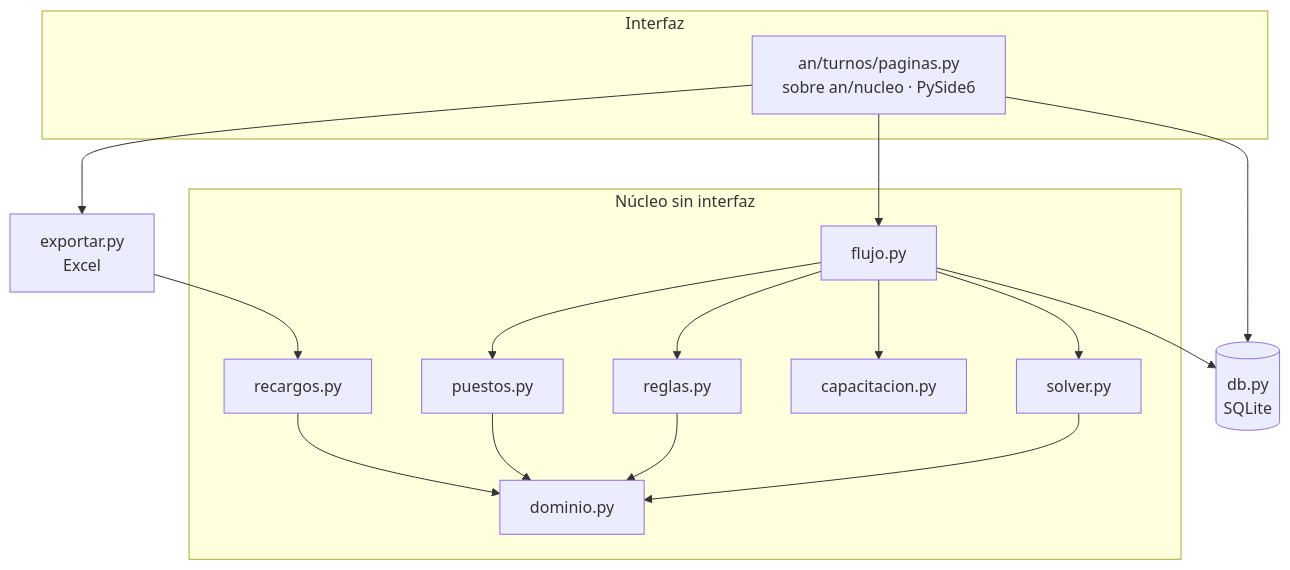
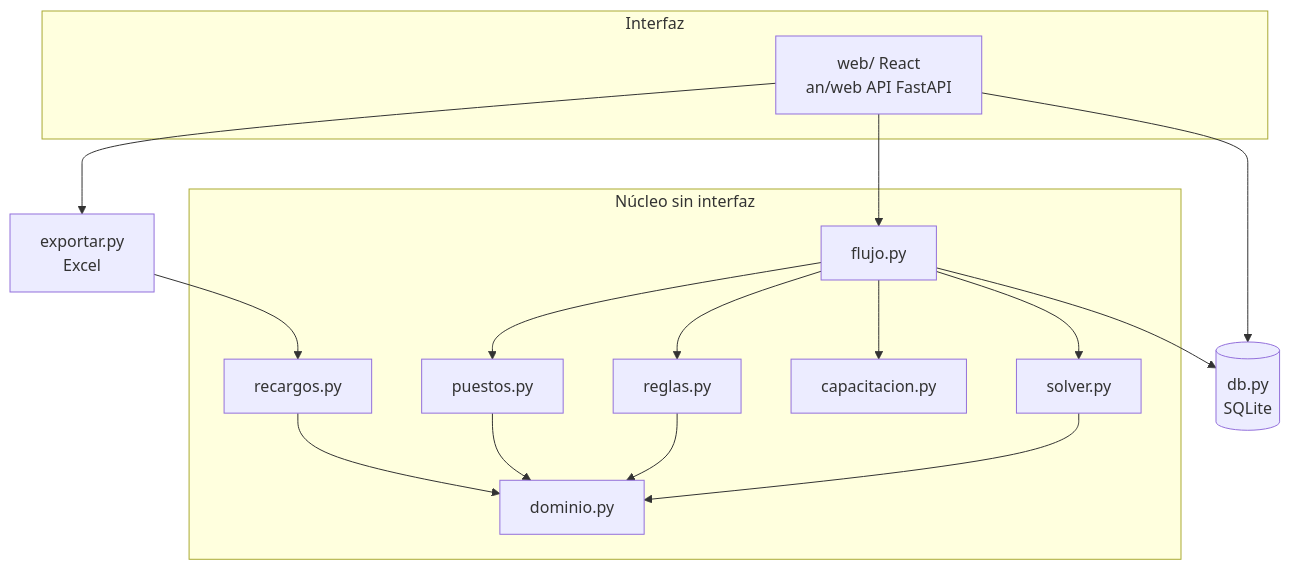
One commit to jssdv/an-turnos changed the diagram in docs/ARQUITECTURA.md. Above: the diagram before and after it, drawn with Mermaid. The commit also changed other lines of this file and 20 other files, not shown here.

Commit message:
Docs: la app es solo web

````diff
--- a/docs/ARQUITECTURA.md
+++ b/docs/ARQUITECTURA.md
@@ -9,24 +11,24 @@
 ```mermaid
 flowchart TB
     subgraph UI[Interfaz]
-        app[an/turnos/paginas.py<br/>sobre an/nucleo · PySide6]
+        app[web/ React<br/>an/web API FastAPI]
     end
     subgraph Nucleo[Núcleo sin interfaz]
         flujo[flujo.py]
         solver[solver.py]
         reglas[reglas.py]
         puestos[puestos.py]
         cap[capacitacion.py]
         rec[recargos.py]
         dom[dominio.py]
     end
     db[(db.py<br/>SQLite)]
     exp[exportar.py<br/>Excel]
     app --> flujo
     app --> exp
     flujo --> solver & puestos & cap & reglas
     exp --> rec
     solver & reglas & puestos & rec --> dom
     flujo --> db
     app --> db
 ```
````
